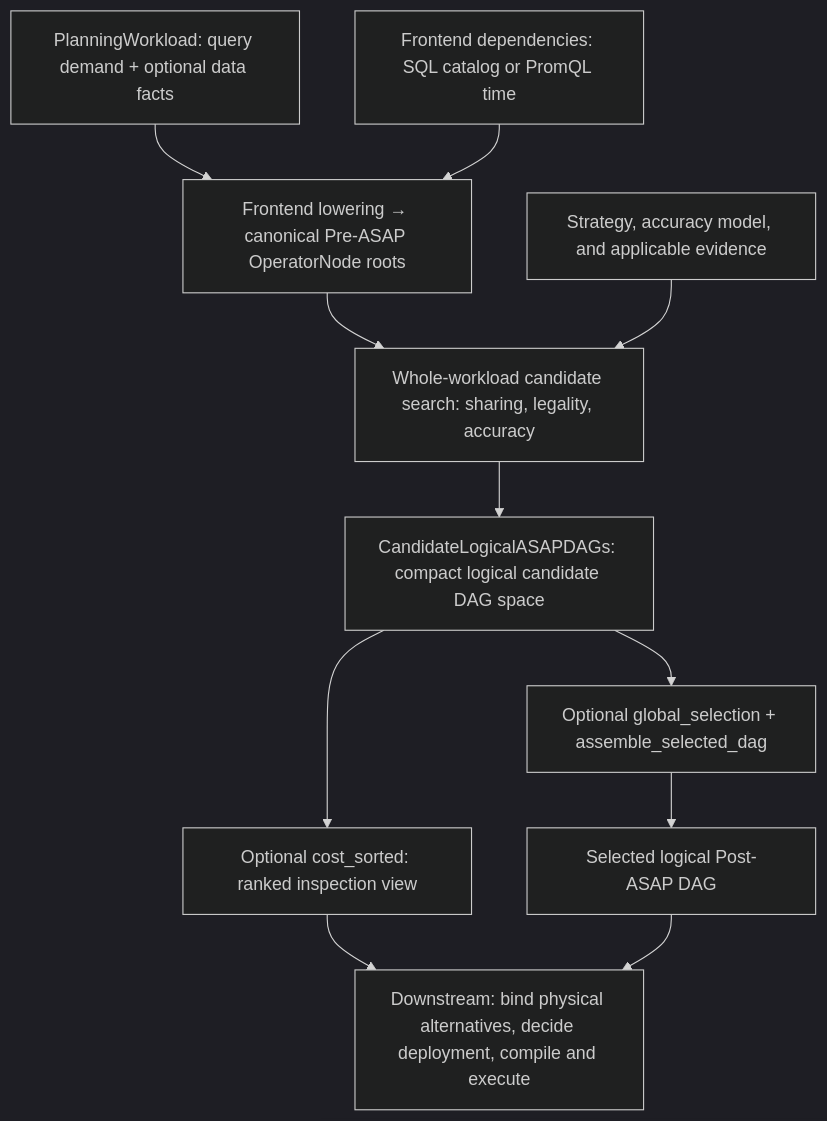
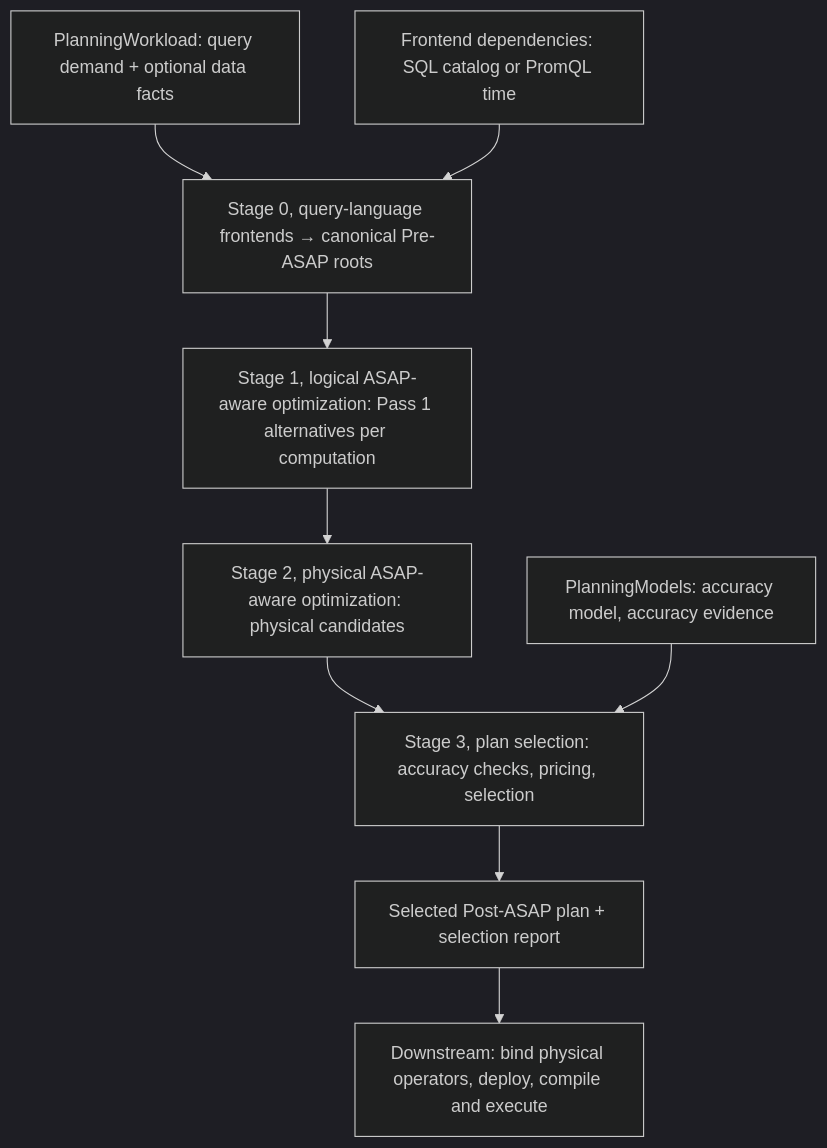
One commit to ProjectASAP/ASAPPlanner changed the diagram in docs/design_docs/architecture/README.md. Above: the diagram before and after it, drawn with Mermaid (dark theme). The commit also changed other lines of this file and 33 other files, not shown here.

First line of the commit message:
docs: describe the planning stages instead of the removed legacy search

````diff
--- a/docs/design_docs/architecture/README.md
+++ b/docs/design_docs/architecture/README.md
@@ -15,20 +16,17 @@
 ```mermaid
 flowchart TD
     W["PlanningWorkload: query demand + optional data facts"]
     F["Frontend dependencies: SQL catalog or PromQL time"]
-    E["Strategy, accuracy model, and applicable evidence"]
-    PRE["Frontend lowering → canonical Pre-ASAP OperatorNode roots"]
-    SEARCH["Whole-workload candidate search: sharing, legality, accuracy"]
-    SPACE["CandidateLogicalASAPDAGs: compact logical candidate DAG space"]
-    RANK["Optional cost_sorted: ranked inspection view"]
-    SELECT["Optional global_selection + assemble_selected_dag"]
-    DAG["Selected logical Post-ASAP DAG"]
-    BACKEND["Downstream: bind physical alternatives, decide deployment, compile and execute"]
+    M["PlanningModels: accuracy model, accuracy evidence"]
+    PRE["Stage 0, query-language frontends → canonical Pre-ASAP roots"]
+    S1["Stage 1, logical ASAP-aware optimization: Pass 1 alternatives per computation"]
+    S2["Stage 2, physical ASAP-aware optimization: physical candidates"]
+    S3["Stage 3, plan selection: accuracy checks, pricing, selection"]
+    PLAN["Selected Post-ASAP plan + selection report"]
+    BACKEND["Downstream: bind physical operators, deploy, compile and execute"]
     W --> PRE
     F --> PRE
-    PRE --> SEARCH
-    E --> SEARCH
-    SEARCH --> SPACE
-    SPACE --> RANK --> BACKEND
-    SPACE --> SELECT --> DAG --> BACKEND
+    PRE --> S1 --> S2 --> S3
+    M --> S3
+    S3 --> PLAN --> BACKEND
 ```
````
